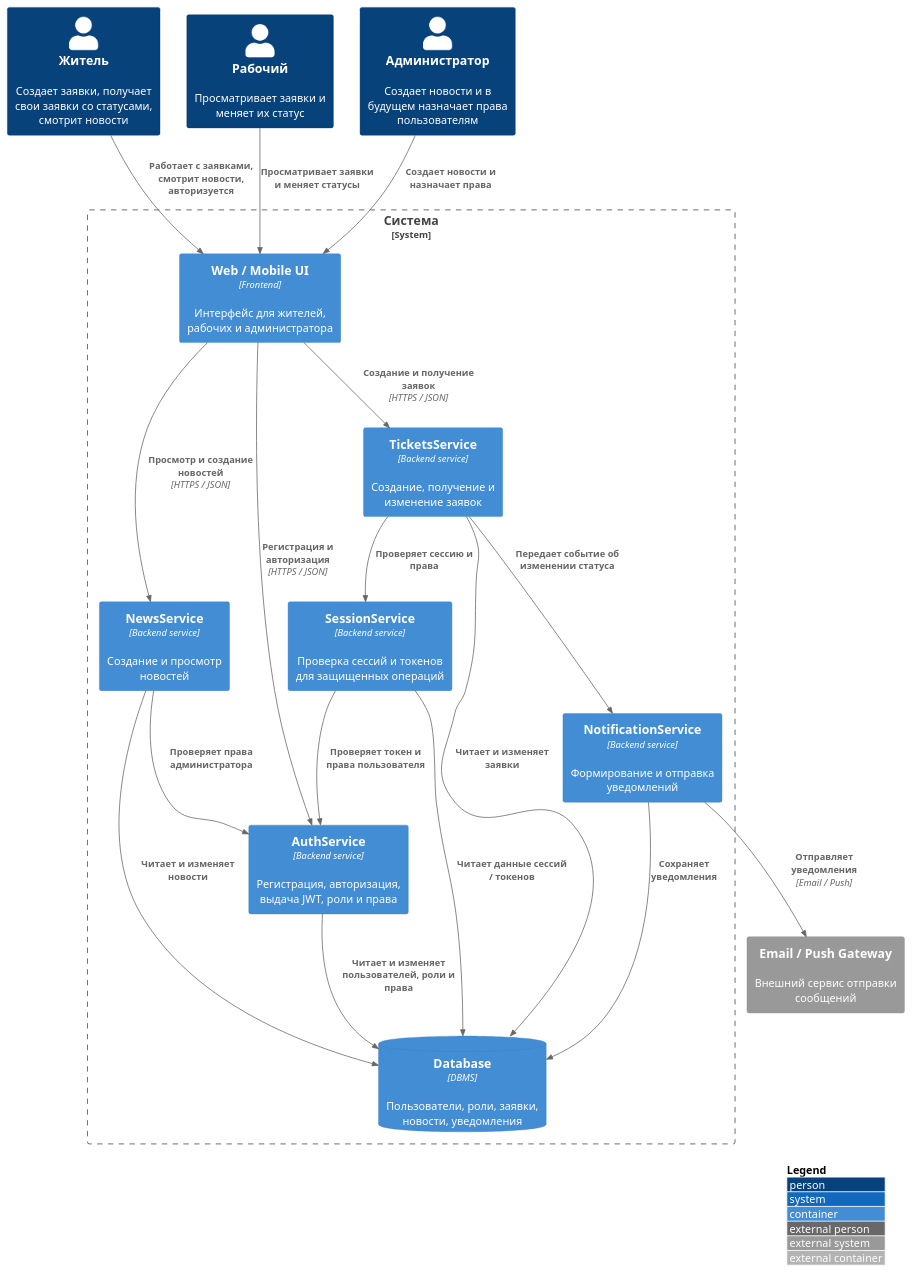
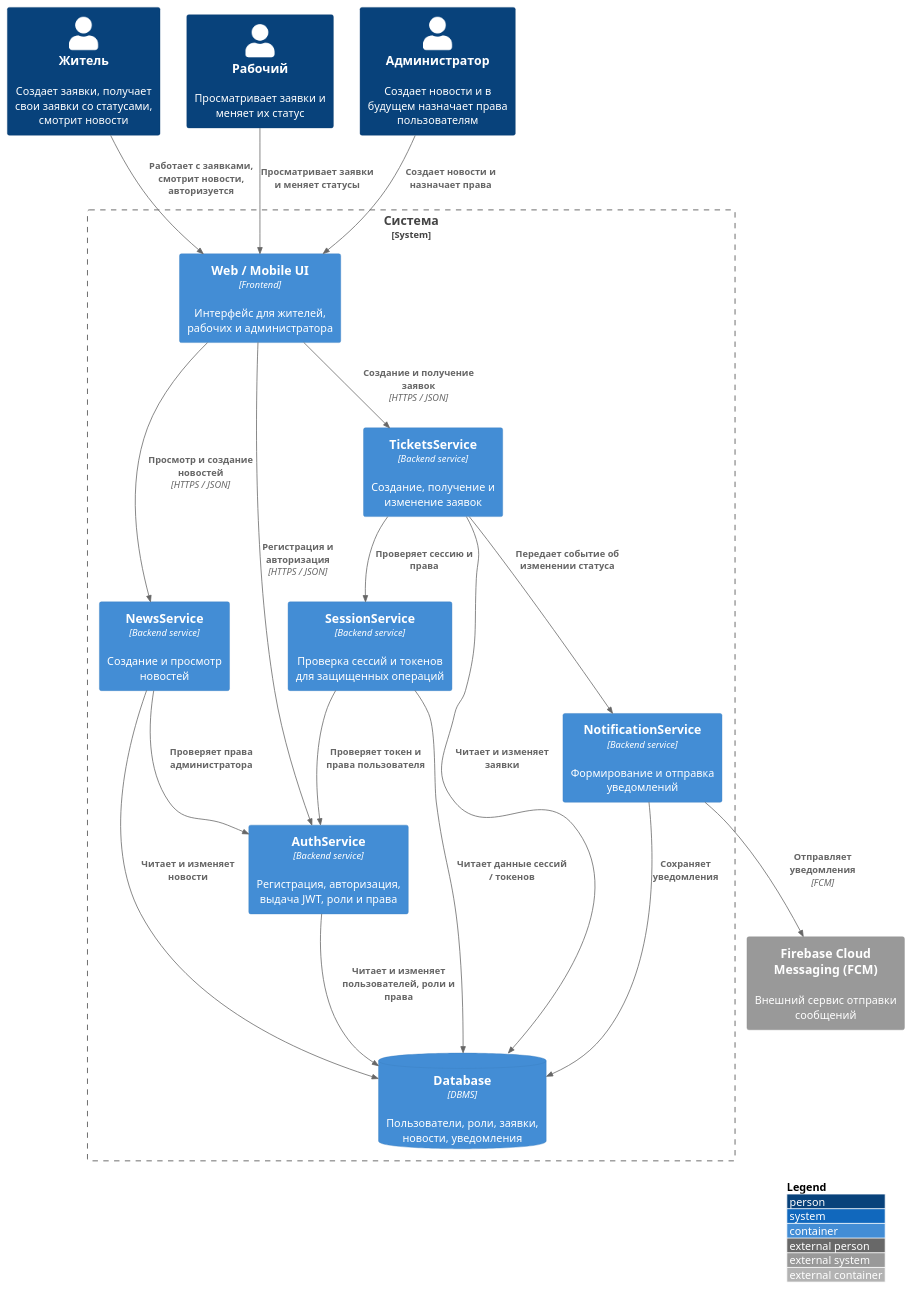
Before and after one commit to ArthurDavletov/ufanet_practice_zheu: the diagram in diagrams/c4.wsd, drawn with PlantUML.

Commit message:
Изменил название для уведомлений

```diff
--- a/diagrams/c4.wsd
+++ b/diagrams/c4.wsd
@@ -1,45 +1,45 @@
 @startuml C4_Container
 !includeurl https://raw.githubusercontent.com/plantuml-stdlib/C4-PlantUML/master/C4_Container.puml
 
 LAYOUT_WITH_LEGEND()
 
 Person(resident, "Житель", "Создает заявки, получает свои заявки со статусами, смотрит новости")
 Person(worker, "Рабочий", "Просматривает заявки и меняет их статус")
 Person(admin, "Администратор", "Создает новости и в будущем назначает права пользователям")
 
 System_Boundary(system, "Система") {
     Container(ui, "Web / Mobile UI", "Frontend", "Интерфейс для жителей, рабочих и администратора")
 
     Container(auth, "AuthService", "Backend service", "Регистрация, авторизация, выдача JWT, роли и права")
     Container(session, "SessionService", "Backend service", "Проверка сессий и токенов для защищенных операций")
     Container(tickets, "TicketsService", "Backend service", "Создание, получение и изменение заявок")
     Container(news, "NewsService", "Backend service", "Создание и просмотр новостей")
     Container(notification, "NotificationService", "Backend service", "Формирование и отправка уведомлений")
 
     ContainerDb(db, "Database", "DBMS", "Пользователи, роли, заявки, новости, уведомления")
 }
 
-System_Ext(messageGateway, "Email / Push Gateway", "Внешний сервис отправки сообщений")
+System_Ext(messageGateway, "Firebase Cloud Messaging (FCM)", "Внешний сервис отправки сообщений")
 
 Rel(resident, ui, "Работает с заявками, смотрит новости, авторизуется")
 Rel(worker, ui, "Просматривает заявки и меняет статусы")
 Rel(admin, ui, "Создает новости и назначает права")
 
 Rel(ui, auth, "Регистрация и авторизация", "HTTPS / JSON")
 Rel(ui, tickets, "Создание и получение заявок", "HTTPS / JSON")
 Rel(ui, news, "Просмотр и создание новостей", "HTTPS / JSON")
 
 Rel(tickets, session, "Проверяет сессию и права")
 Rel(news, auth, "Проверяет права администратора")
 Rel(session, auth, "Проверяет токен и права пользователя")
 
 Rel(auth, db, "Читает и изменяет пользователей, роли и права")
 Rel(session, db, "Читает данные сессий / токенов")
 Rel(tickets, db, "Читает и изменяет заявки")
 Rel(news, db, "Читает и изменяет новости")
 Rel(notification, db, "Сохраняет уведомления")
 
 Rel(tickets, notification, "Передает событие об изменении статуса")
-Rel(notification, messageGateway, "Отправляет уведомления", "Email / Push")
+Rel(notification, messageGateway, "Отправляет уведомления", "FCM")
 
 @enduml
```
